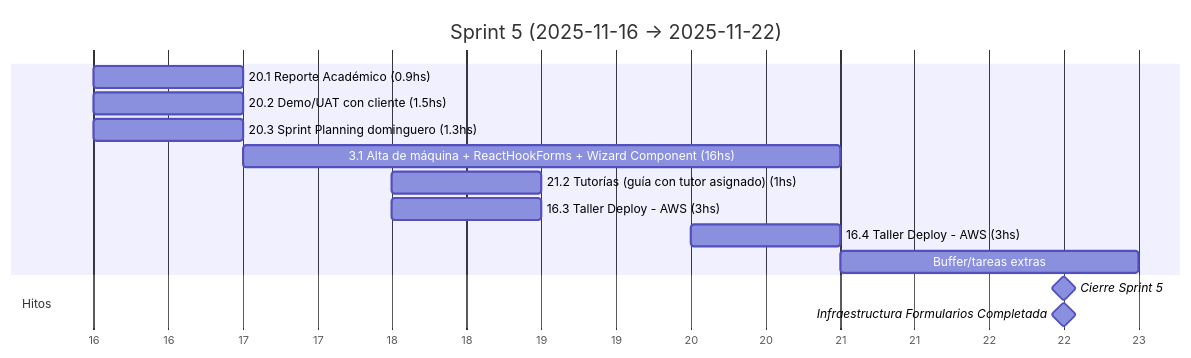
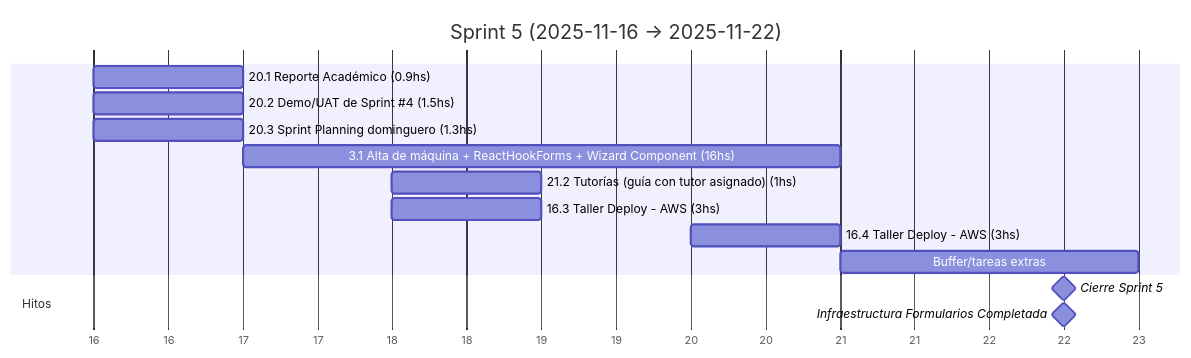
Before and after one commit to MarkMed/FleetMan: the sixth of 19 diagrams in docs/SprintsGantts.md, drawn with Mermaid. The commit also changed other lines of this file and 2 other files, not shown here.

Commit message:
feat: Update Sprint planning for sprint 11 and update Gantt charts

````diff
--- a/docs/SprintsGantts.md
+++ b/docs/SprintsGantts.md
@@ -155,21 +155,21 @@
 ```mermaid
 gantt
   title Sprint 5 (2025-11-16 → 2025-11-22)
   dateFormat  YYYY-MM-DD
   axisFormat  %d
 
   %% Asumimos 5 h/día. Horas estimadas incluidas en el nombre.
 
   20.1 Reporte Académico (0.9hs)               :t201, 2025-11-16, 1d
-  20.2 Demo/UAT con cliente (1.5hs)            :t202, 2025-11-16, 1d
+  20.2 Demo/UAT de Sprint #4 (1.5hs)           :t202, 2025-11-16, 1d
   20.3 Sprint Planning dominguero (1.3hs)      :t203, 2025-11-16, 1d
   3.1 Alta de máquina + ReactHookForms + Wizard Component (16hs) :t31, after t203, 4d
   21.2 Tutorías (guía con tutor asignado) (1hs) :t212, 2025-11-18, 1d
   16.3 Taller Deploy - AWS (3hs)               :t163, 2025-11-18, 1d
   16.4 Taller Deploy - AWS (3hs)               :t164, 2025-11-20, 1d
   Buffer/tareas extras                         :bextra, after t31, 2d
 
   section Hitos
   Cierre Sprint 5                              :milestone, s5, 2025-11-22, 1d
   Infraestructura Formularios Completada       :milestone, forms, 2025-11-22, 1d
 ```
````
